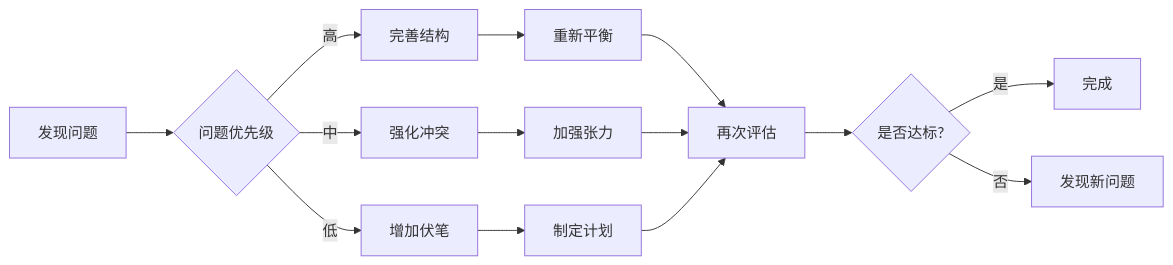
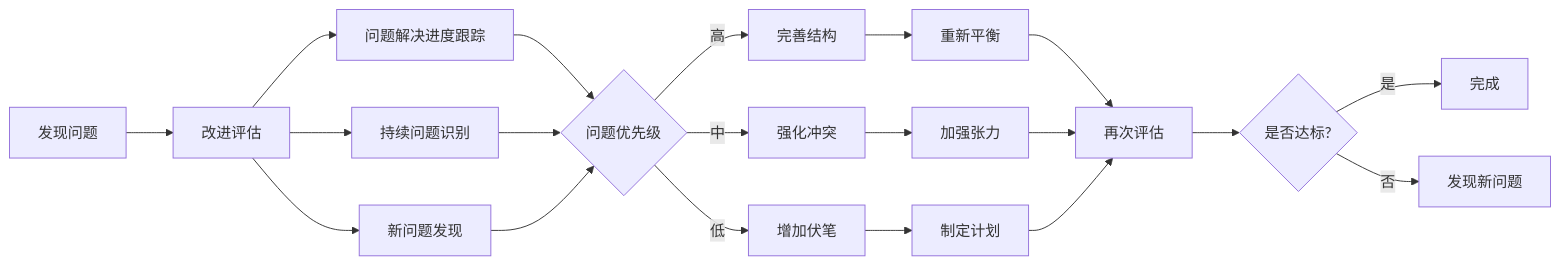
One commit to xfbyxq/ai-novel-system changed the sixth of 9 diagrams in .qoder/repowiki/zh/content/AI智能体系统/情节审查处理器.md. Above: the diagram before and after it, drawn with Mermaid. The commit also changed other lines of this file and 10 other files, not shown here.

````diff
--- a/.qoder/repowiki/zh/content/AI智能体系统/情节审查处理器.md
+++ b/.qoder/repowiki/zh/content/AI智能体系统/情节审查处理器.md
@@ -291,16 +324,22 @@
 ```mermaid
 flowchart LR
-Issues[发现问题] --> Priority{问题优先级}
+Issues[发现问题] --> ImprovementAssessment[改进评估]
+ImprovementAssessment --> IssuesResolved[问题解决进度跟踪]
+ImprovementAssessment --> IssuesRemaining[持续问题识别]
+ImprovementAssessment --> NewIssues[新问题发现]
+IssuesResolved --> Priority{问题优先级}
+IssuesRemaining --> Priority
+NewIssues --> Priority
 Priority --> |高| FixStructure[完善结构]
 Priority --> |中| EnhanceConflict[强化冲突]
 Priority --> |低| AddForeshadowing[增加伏笔]
 FixStructure --> Rebalance[重新平衡]
 EnhanceConflict --> Strengthen[加强张力]
 AddForeshadowing --> Plan[制定计划]
 Rebalance --> ReviewAgain[再次评估]
 Strengthen --> ReviewAgain
 Plan --> ReviewAgain
 ReviewAgain --> Pass{是否达标?}
 Pass --> |是| Complete[完成]
 Pass --> |否| MoreIssues[发现新问题]
 ```
````
